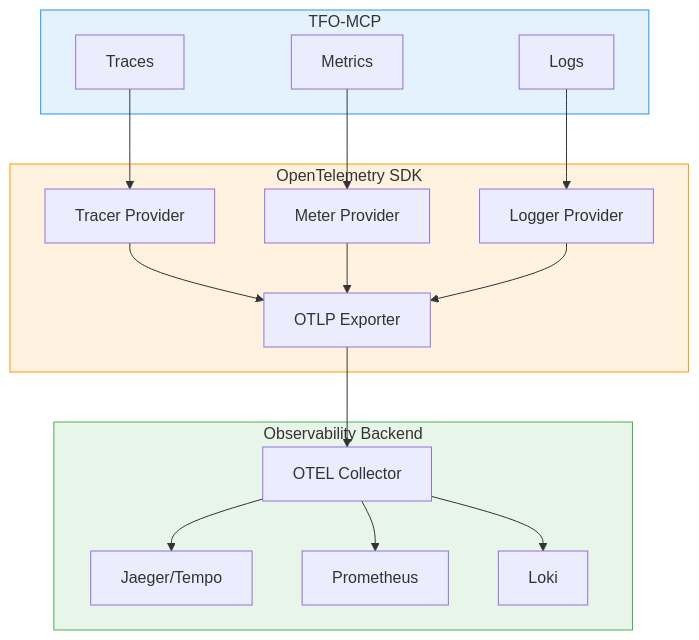
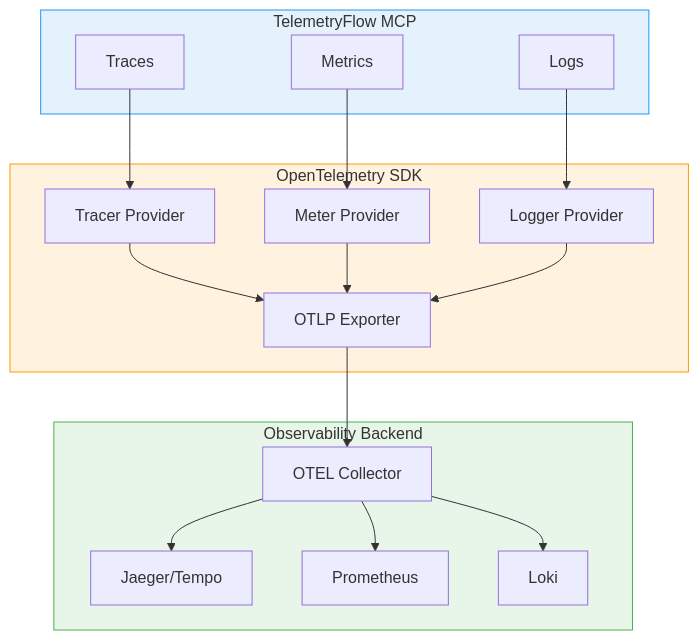
Before and after one commit to telemetryflow/telemetryflow-go-mcp: diagram 13 of 16 in docs/CONFIGURATION.md, drawn with Mermaid. The commit also changed other lines of this file and 65 other files, not shown here.

````diff
--- a/docs/CONFIGURATION.md
+++ b/docs/CONFIGURATION.md
@@ -657,37 +657,37 @@
 ```mermaid
 flowchart TB
-    subgraph TFO_MCP["TFO-MCP"]
+    subgraph TFO_MCP["TelemetryFlow MCP"]
         TRACES["Traces"]
         METRICS["Metrics"]
         LOGS["Logs"]
     end
 
     subgraph OTEL["OpenTelemetry SDK"]
         TRACER["Tracer Provider"]
         METER["Meter Provider"]
         LOGGER["Logger Provider"]
         EXPORTER["OTLP Exporter"]
     end
 
     subgraph Backend["Observability Backend"]
         COLLECTOR["OTEL Collector"]
         JAEGER["Jaeger/Tempo"]
         PROM["Prometheus"]
         LOKI["Loki"]
     end
 
     TRACES --> TRACER
     METRICS --> METER
     LOGS --> LOGGER
     TRACER --> EXPORTER
     METER --> EXPORTER
     LOGGER --> EXPORTER
     EXPORTER --> COLLECTOR
     COLLECTOR --> JAEGER
     COLLECTOR --> PROM
     COLLECTOR --> LOKI
 
     style TFO_MCP fill:#e3f2fd,stroke:#2196f3
     style OTEL fill:#fff3e0,stroke:#ff9800
     style Backend fill:#e8f5e9,stroke:#4caf50
 ```
````
